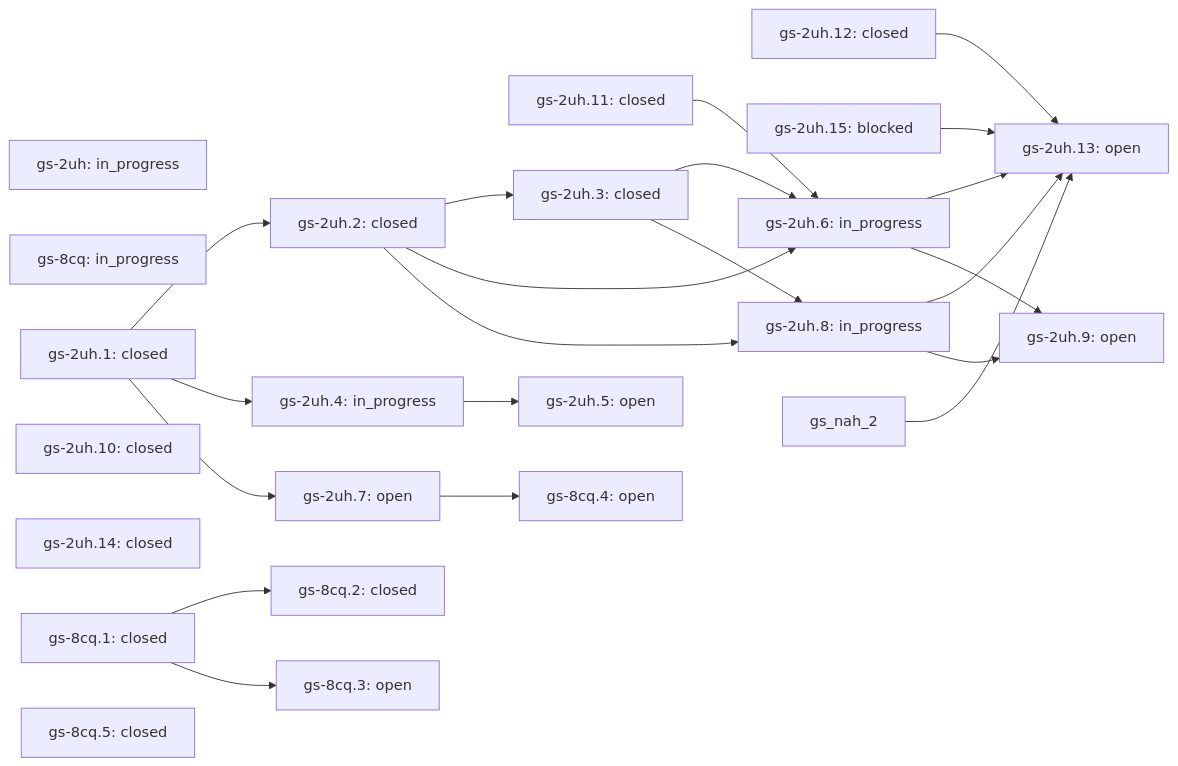
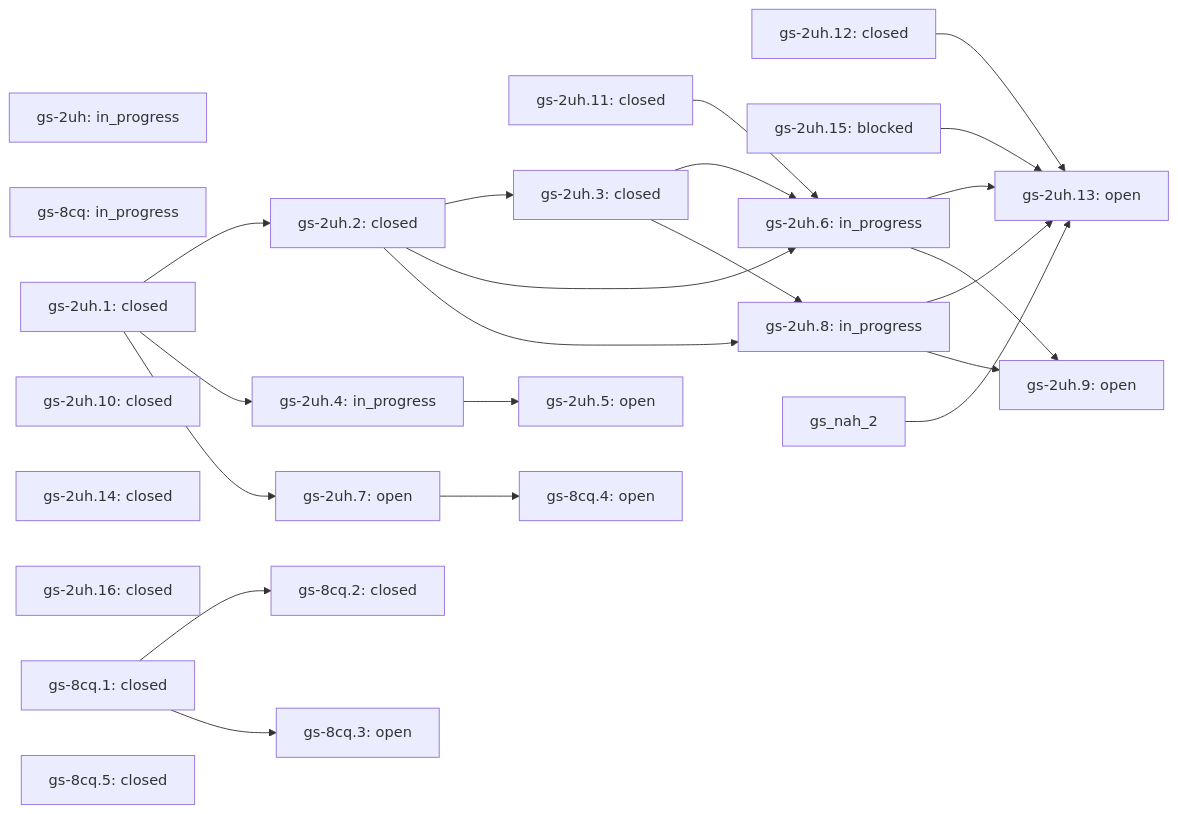
One commit to lifeofgurpreet/G-Skills changed the diagram in docs/skills/vps-health/ROADMAP.md. Above: the diagram before and after it, drawn with Mermaid. The commit also changed other lines of this file and 28 other files, not shown here.

````diff
--- a/docs/skills/vps-health/ROADMAP.md
+++ b/docs/skills/vps-health/ROADMAP.md
@@ -34,45 +35,46 @@
 ```mermaid
 flowchart LR
   gs_2uh["gs-2uh: in_progress"]
   gs_8cq["gs-8cq: in_progress"]
   gs_2uh_1["gs-2uh.1: closed"]
   gs_2uh_10["gs-2uh.10: closed"]
   gs_2uh_11["gs-2uh.11: closed"]
   gs_2uh_12["gs-2uh.12: closed"]
   gs_2uh_13["gs-2uh.13: open"]
   gs_2uh_12 --> gs_2uh_13
   gs_2uh_15 --> gs_2uh_13
   gs_2uh_6 --> gs_2uh_13
   gs_2uh_8 --> gs_2uh_13
   gs_nah_2 --> gs_2uh_13
   gs_2uh_14["gs-2uh.14: closed"]
   gs_2uh_15["gs-2uh.15: blocked"]
+  gs_2uh_16["gs-2uh.16: closed"]
   gs_2uh_2["gs-2uh.2: closed"]
   gs_2uh_1 --> gs_2uh_2
   gs_2uh_3["gs-2uh.3: closed"]
   gs_2uh_2 --> gs_2uh_3
   gs_2uh_4["gs-2uh.4: in_progress"]
   gs_2uh_1 --> gs_2uh_4
   gs_2uh_5["gs-2uh.5: open"]
   gs_2uh_4 --> gs_2uh_5
   gs_2uh_6["gs-2uh.6: in_progress"]
   gs_2uh_11 --> gs_2uh_6
   gs_2uh_2 --> gs_2uh_6
   gs_2uh_3 --> gs_2uh_6
   gs_2uh_8["gs-2uh.8: in_progress"]
   gs_2uh_2 --> gs_2uh_8
   gs_2uh_3 --> gs_2uh_8
   gs_8cq_1["gs-8cq.1: closed"]
   gs_8cq_2["gs-8cq.2: closed"]
   gs_8cq_1 --> gs_8cq_2
   gs_2uh_7["gs-2uh.7: open"]
   gs_2uh_1 --> gs_2uh_7
   gs_2uh_9["gs-2uh.9: open"]
   gs_2uh_6 --> gs_2uh_9
   gs_2uh_8 --> gs_2uh_9
   gs_8cq_3["gs-8cq.3: open"]
   gs_8cq_1 --> gs_8cq_3
   gs_8cq_4["gs-8cq.4: open"]
   gs_2uh_7 --> gs_8cq_4
   gs_8cq_5["gs-8cq.5: closed"]
 ```
````
